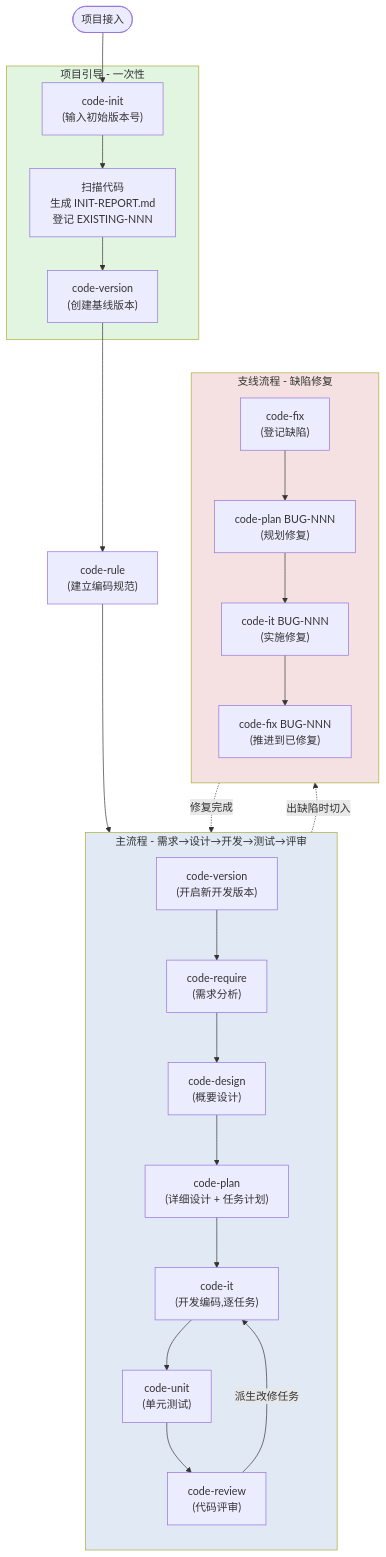
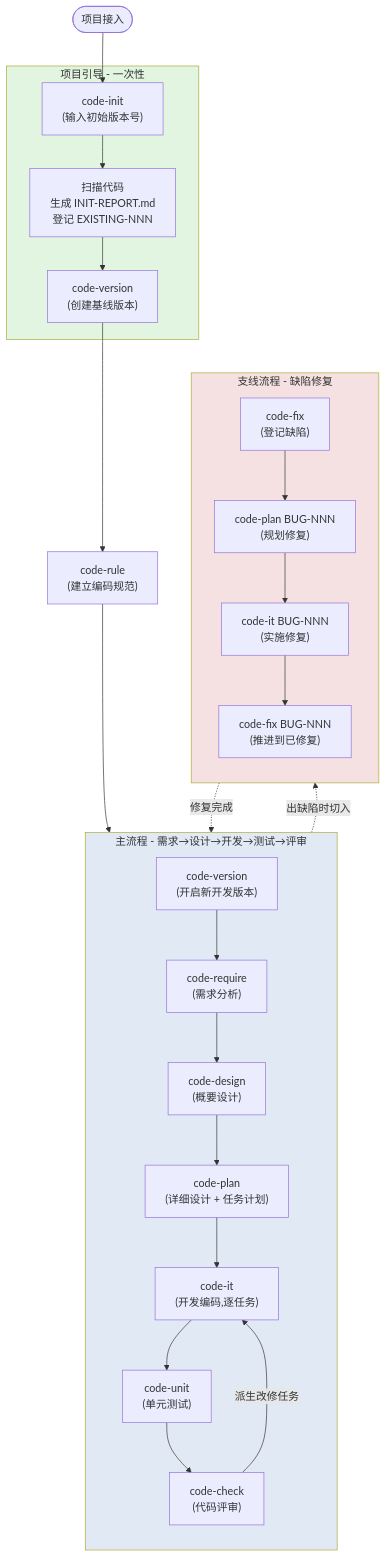
One commit to wm123450405/code-skills changed the diagram in plugins/code-skills/README.md. Above: the diagram before and after it, drawn with Mermaid. The commit also changed other lines of this file and 52 other files, not shown here.

````diff
--- a/plugins/code-skills/README.md
+++ b/plugins/code-skills/README.md
@@ -213,37 +213,37 @@
 ```mermaid
 flowchart TD
     Start([项目接入]) --> A
 
     subgraph XiTongYinDao[项目引导 - 一次性]
         A["code-init<br/>(输入初始版本号)"] --> A1[扫描代码<br/>生成 INIT-REPORT.md<br/>登记 EXISTING-NNN]
         A1 --> B["code-version<br/>(创建基线版本)"]
     end
 
     B --> C["code-rule<br/>(建立编码规范)"]
     C --> D["code-version<br/>(开启新开发版本)"]
 
     subgraph ZhuLiuCheng[主流程 - 需求→设计→开发→测试→评审]
         direction TB
         D --> E["code-require<br/>(需求分析)"]
         E --> F["code-design<br/>(概要设计)"]
         F --> G["code-plan<br/>(详细设计 + 任务计划)"]
         G --> H["code-it<br/>(开发编码,逐任务)"]
         H --> I["code-unit<br/>(单元测试)"]
-        I --> J["code-review<br/>(代码评审)"]
+        I --> J["code-check<br/>(代码评审)"]
         J -->|"派生改修任务"| H
     end
 
     subgraph ZhiXianLiuCheng[支线流程 - 缺陷修复]
         direction TB
         K1["code-fix<br/>(登记缺陷)"] --> K2["code-plan BUG-NNN<br/>(规划修复)"]
         K2 --> K3["code-it BUG-NNN<br/>(实施修复)"]
         K3 --> K4["code-fix BUG-NNN<br/>(推进到已修复)"]
     end
 
     ZhuLiuCheng -.出缺陷时切入.-> ZhiXianLiuCheng
     ZhiXianLiuCheng -.修复完成.-> ZhuLiuCheng
 
     style XiTongYinDao fill:#e1f5e1
     style ZhuLiuCheng fill:#e1e9f5
     style ZhiXianLiuCheng fill:#f5e1e1
 ```
````
